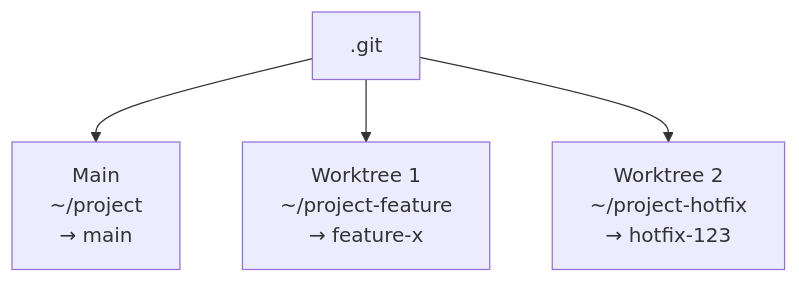
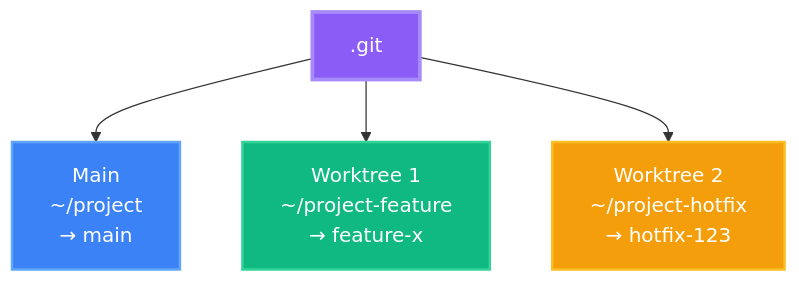
The first of 3 diagrams in slides.md (TheRoks/git-worktree), drawn with Mermaid before and after one commit. The commit also changed other lines of this file and 3 other files, not shown here.

````diff
--- a/slides.md
+++ b/slides.md
@@ -149,8 +151,13 @@
 ```mermaid {scale: 0.55, theme: 'dark'}
 graph TB
-    GIT[".git"]
+    GIT[".git"]:::gitNode
 
-    GIT --> W1["Main<br/>~/project<br/>→ main"]
-    GIT --> W2["Worktree 1<br/>~/project-feature<br/>→ feature-x"]
-    GIT --> W3["Worktree 2<br/>~/project-hotfix<br/>→ hotfix-123"]
+    GIT --> W1["Main<br/>~/project<br/>→ main"]:::mainNode
+    GIT --> W2["Worktree 1<br/>~/project-feature<br/>→ feature-x"]:::featureNode
+    GIT --> W3["Worktree 2<br/>~/project-hotfix<br/>→ hotfix-123"]:::hotfixNode
+
+    classDef gitNode fill:#8b5cf6,stroke:#a78bfa,stroke-width:3px,color:#fff
+    classDef mainNode fill:#3b82f6,stroke:#60a5fa,stroke-width:2px,color:#fff
+    classDef featureNode fill:#10b981,stroke:#34d399,stroke-width:2px,color:#fff
+    classDef hotfixNode fill:#f59e0b,stroke:#fbbf24,stroke-width:2px,color:#fff
 ```
````
